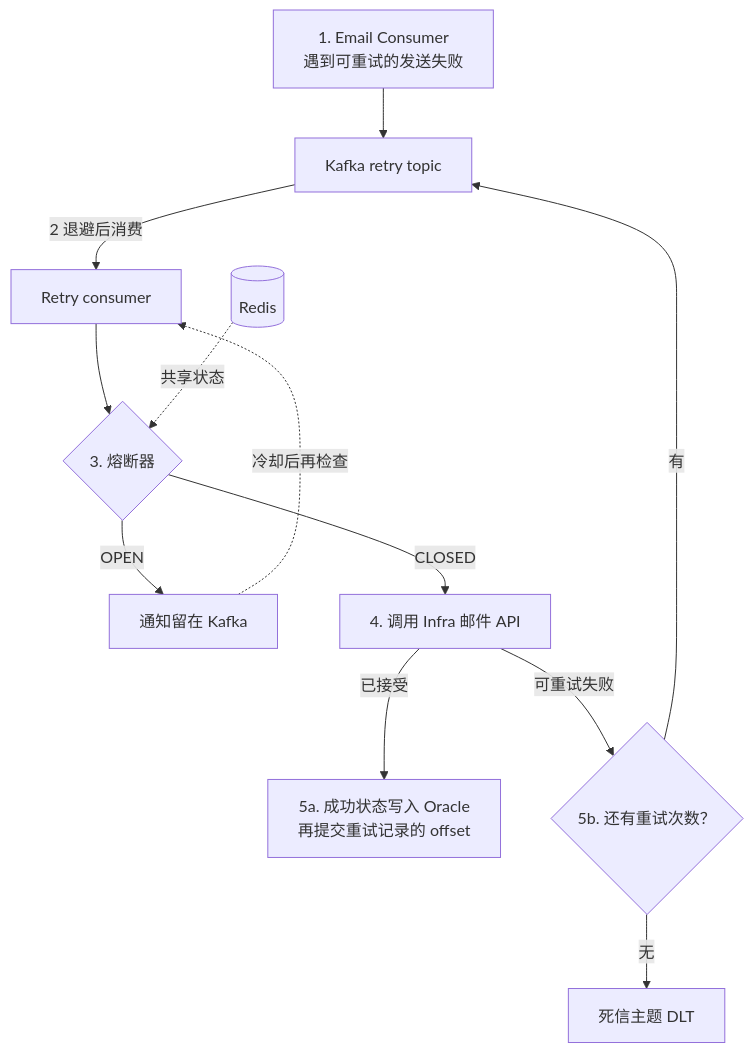
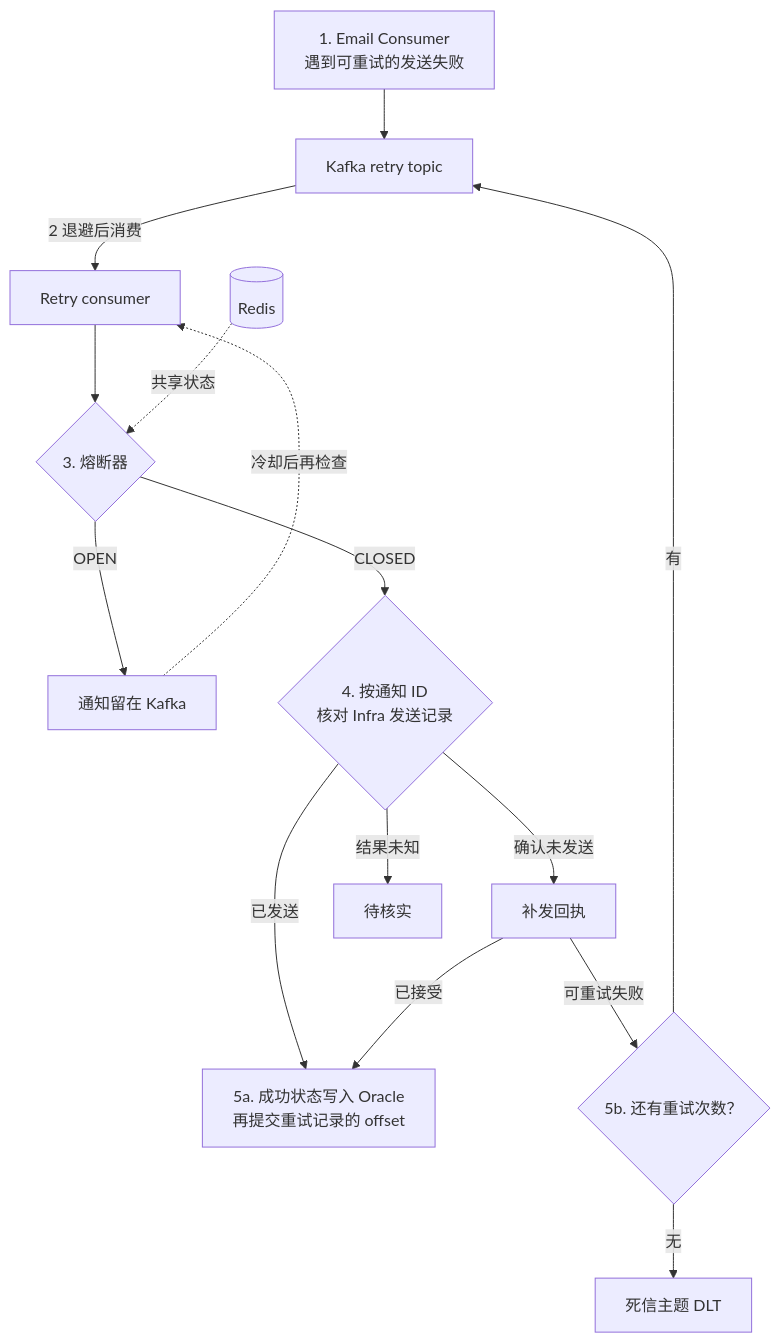
Before and after one commit to ChrisZZhong/zhichengzhong: the third of 3 diagrams in _posts/Interviews/2026-11-17-MadisonDavisProjectInterview.md, drawn with Mermaid. The commit also changed other lines of this file and 1 other file, not shown here.

Commit message:
Check Infra send status before retrying a receipt

````diff
--- a/_posts/Interviews/2026-11-17-MadisonDavisProjectInterview.md
+++ b/_posts/Interviews/2026-11-17-MadisonDavisProjectInterview.md
@@ -86,14 +86,17 @@
 ```mermaid
 flowchart TD
     first["1. Email Consumer<br/>遇到可重试的发送失败"] --> retry["Kafka retry topic"]
     retry -->|2 退避后消费| rc["Retry consumer"]
     rc --> breaker{"3. 熔断器"}
     redis[("Redis")] -.->|共享状态| breaker
     breaker -->|OPEN| wait["通知留在 Kafka"]
     wait -.->|冷却后再检查| rc
-    breaker -->|CLOSED| api["4. 调用 Infra 邮件 API"]
+    breaker -->|CLOSED| lookup{"4. 按通知 ID<br/>核对 Infra 发送记录"}
+    lookup -->|已发送| success
+    lookup -->|确认未发送| api["补发回执"]
+    lookup -->|结果未知| pending["待核实"]
     api -->|已接受| success["5a. 成功状态写入 Oracle<br/>再提交重试记录的 offset"]
     api -->|可重试失败| budget{"5b. 还有重试次数？"}
     budget -->|有| retry
     budget -->|无| dlt["死信主题 DLT"]
 ```
````
